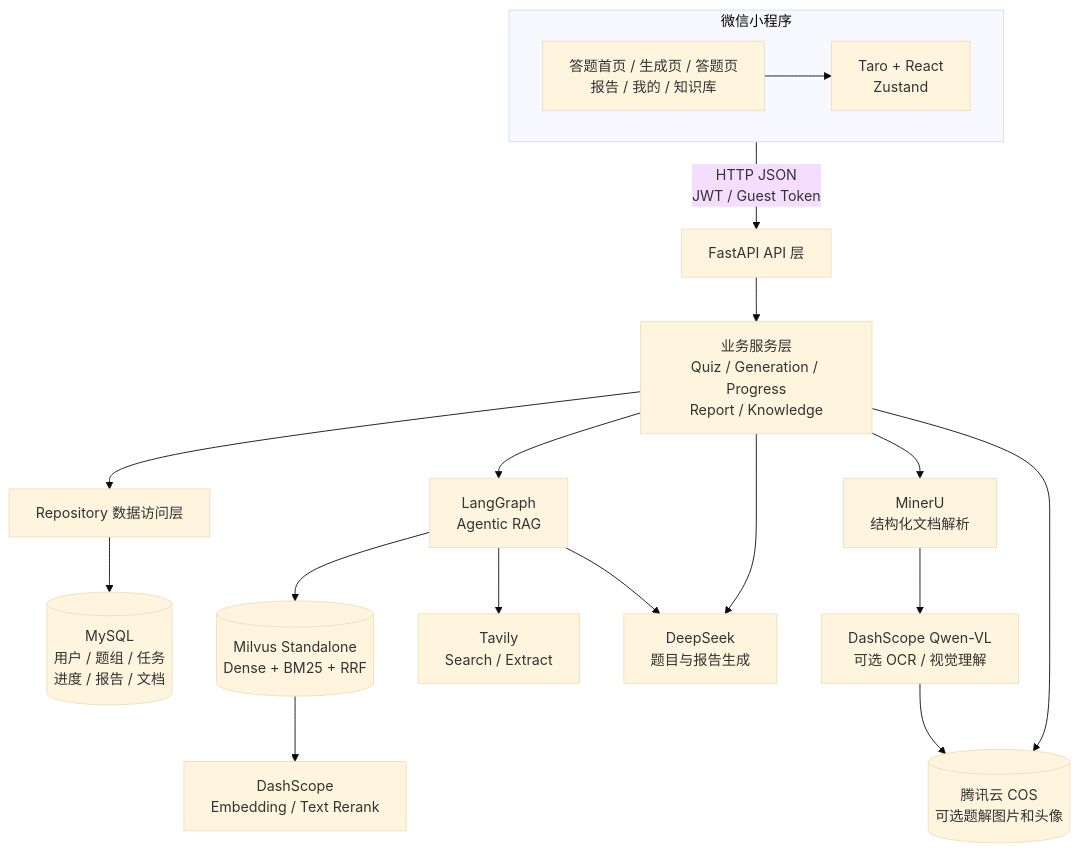
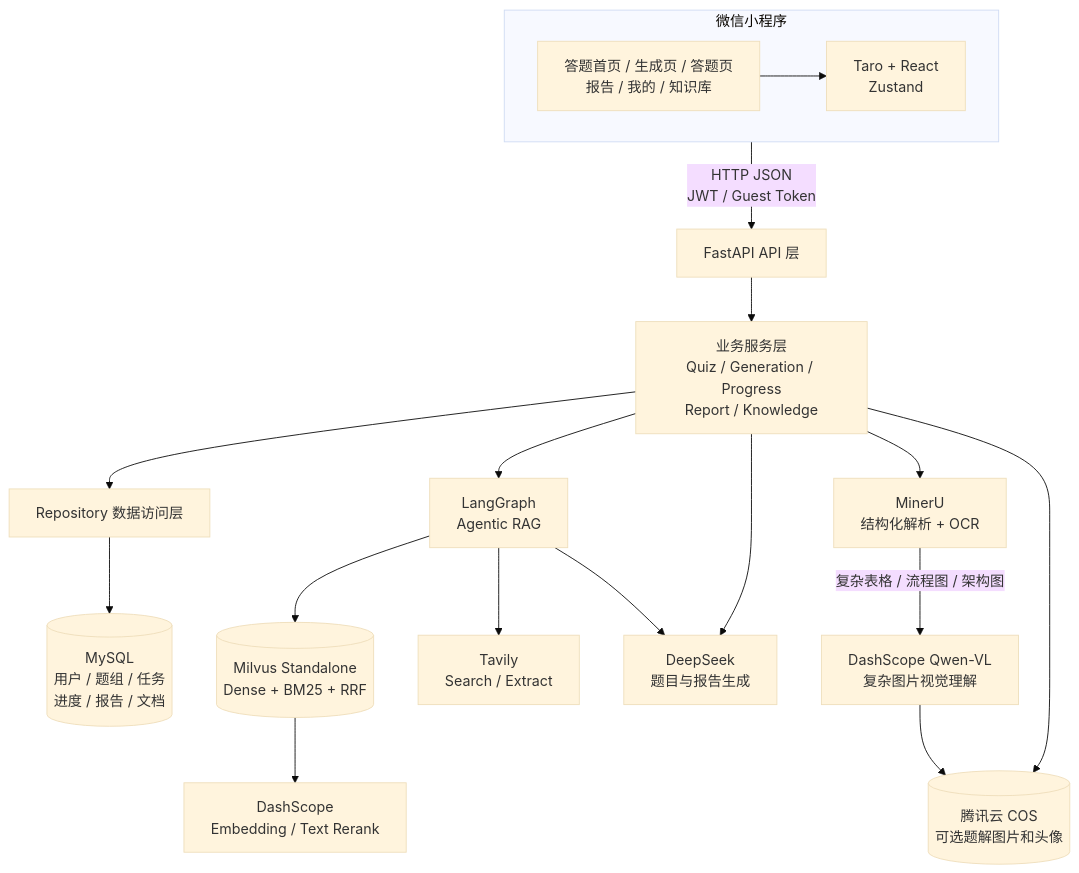
One commit to YXCZS/EasyOffer changed the first of 4 diagrams in README.md. Above: the diagram before and after it, drawn with Mermaid (base theme). The commit also changed other lines of this file, not shown here.

First line of the commit message:
完善README文档解析与OCR视觉理解流程图

````diff
--- a/README.md
+++ b/README.md
@@ -70,35 +70,35 @@
 ```mermaid
 flowchart TB
     subgraph Client[微信小程序]
       UI["答题首页 / 生成页 / 答题页<br/>报告 / 我的 / 知识库"]
       Store["Taro + React<br/>Zustand"]
       UI --> Store
     end
 
     API[FastAPI API 层]
     Service["业务服务层<br/>Quiz / Generation / Progress<br/>Report / Knowledge"]
     Repo[Repository 数据访问层]
     MySQL[("MySQL<br/>用户 / 题组 / 任务<br/>进度 / 报告 / 文档")]
     Agent["LangGraph<br/>Agentic RAG"]
     LLM["DeepSeek<br/>题目与报告生成"]
     Milvus[("Milvus Standalone<br/>Dense + BM25 + RRF")]
     Rerank["DashScope<br/>Embedding / Text Rerank"]
     Tavily["Tavily<br/>Search / Extract"]
-    MinerU["MinerU<br/>结构化文档解析"]
-    Visual["DashScope Qwen-VL<br/>可选 OCR / 视觉理解"]
+    MinerU["MinerU<br/>结构化解析 + OCR"]
+    Visual["DashScope Qwen-VL<br/>复杂图片视觉理解"]
     COS[("腾讯云 COS<br/>可选题解图片和头像")]
 
     Client -->|"HTTP JSON<br/>JWT / Guest Token"| API
     API --> Service
     Service --> Repo --> MySQL
     Service --> Agent
     Agent --> Milvus
     Agent --> Tavily
     Agent --> LLM
     Milvus --> Rerank
     Service --> LLM
     Service --> MinerU
-    MinerU --> Visual
+    MinerU -->|"复杂表格 / 流程图 / 架构图"| Visual
     Visual --> COS
     Service --> COS
 ```
````
